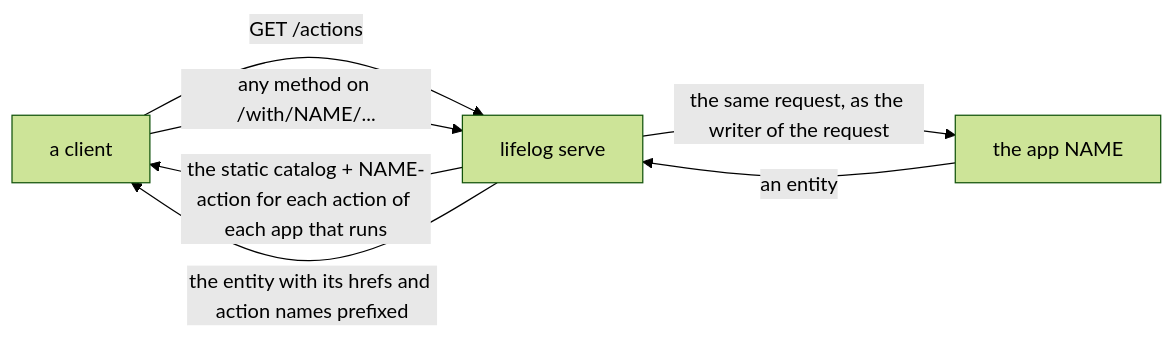
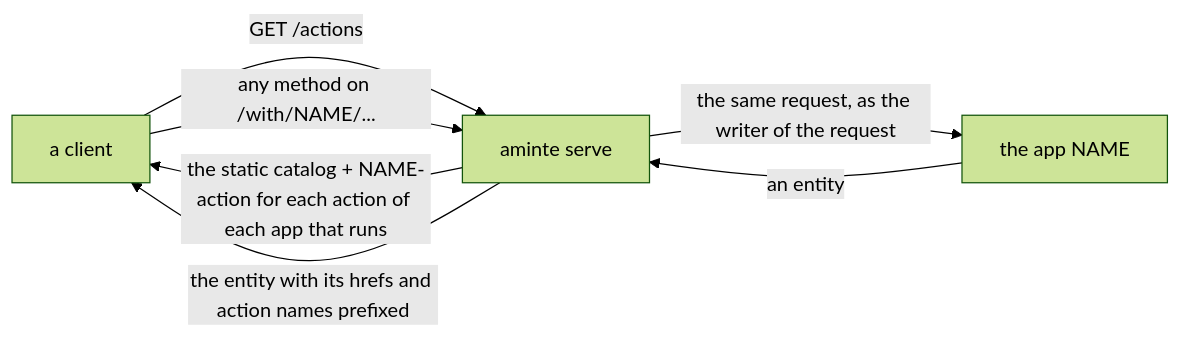
One commit to alexradunet/aminte changed the second of 2 diagrams in API.md. Above: the diagram before and after it, drawn with Mermaid (forest theme). The commit also changed other lines of this file and 554 other files, not shown here.

First line of the commit message:
rename the project from lifelog to aminte

````diff
--- a/API.md
+++ b/API.md
@@ -154,9 +154,9 @@
 ```mermaid
 flowchart LR
-  C["a client"] -->|"GET /actions"| L["lifelog serve"]
+  C["a client"] -->|"GET /actions"| L["aminte serve"]
   L -->|"the static catalog + NAME-action for each action of each app that runs"| C
   C -->|"any method on /with/NAME/..."| L
   L -->|"the same request, as the writer of the request"| A["the app NAME"]
   A -->|"an entity"| L
   L -->|"the entity with its hrefs and action names prefixed"| C
 ```
````
